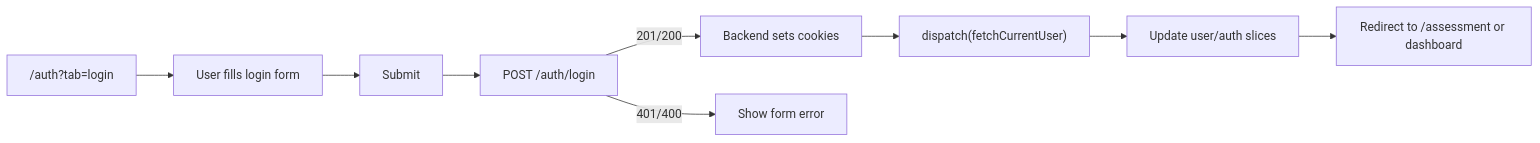
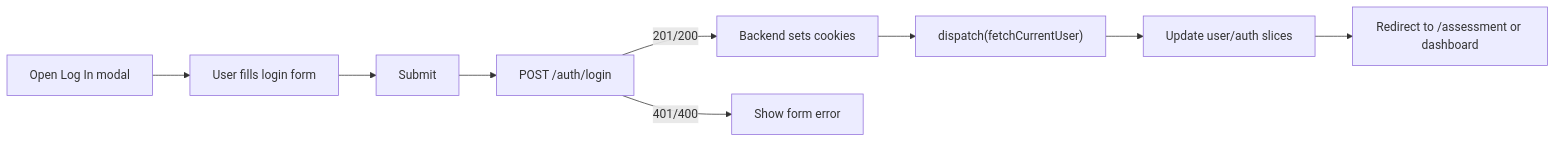
Before and after one commit to annnsvm/buero.de: the first of 2 diagrams in buero-frontend/docs/frontend-features/01-auth-ui.md, drawn with Mermaid. The commit also changed other lines of this file and 10 other files, not shown here.

````diff
--- a/buero-frontend/docs/frontend-features/01-auth-ui.md
+++ b/buero-frontend/docs/frontend-features/01-auth-ui.md
@@ -130,11 +137,11 @@
 ```mermaid
 flowchart LR
-  A["/auth?tab=login"] --> B[User fills login form]
+  A[Open Log In modal] --> B[User fills login form]
   B --> C[Submit]
   C --> D["POST /auth/login"]
   D -->|201/200| E[Backend sets cookies]
   E --> F["dispatch(fetchCurrentUser)"]
   F --> G["Update user/auth slices"]
   G --> H["Redirect to /assessment or dashboard"]
   D -->|401/400| I[Show form error]
 ```
````
